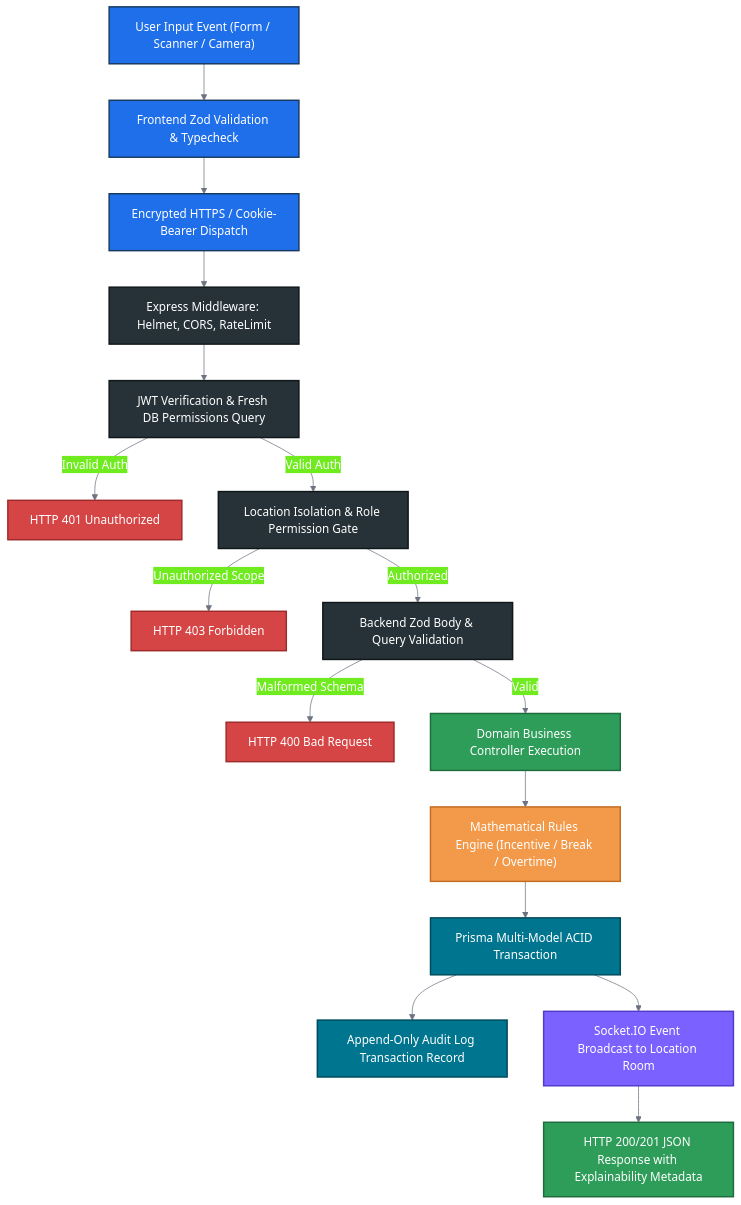
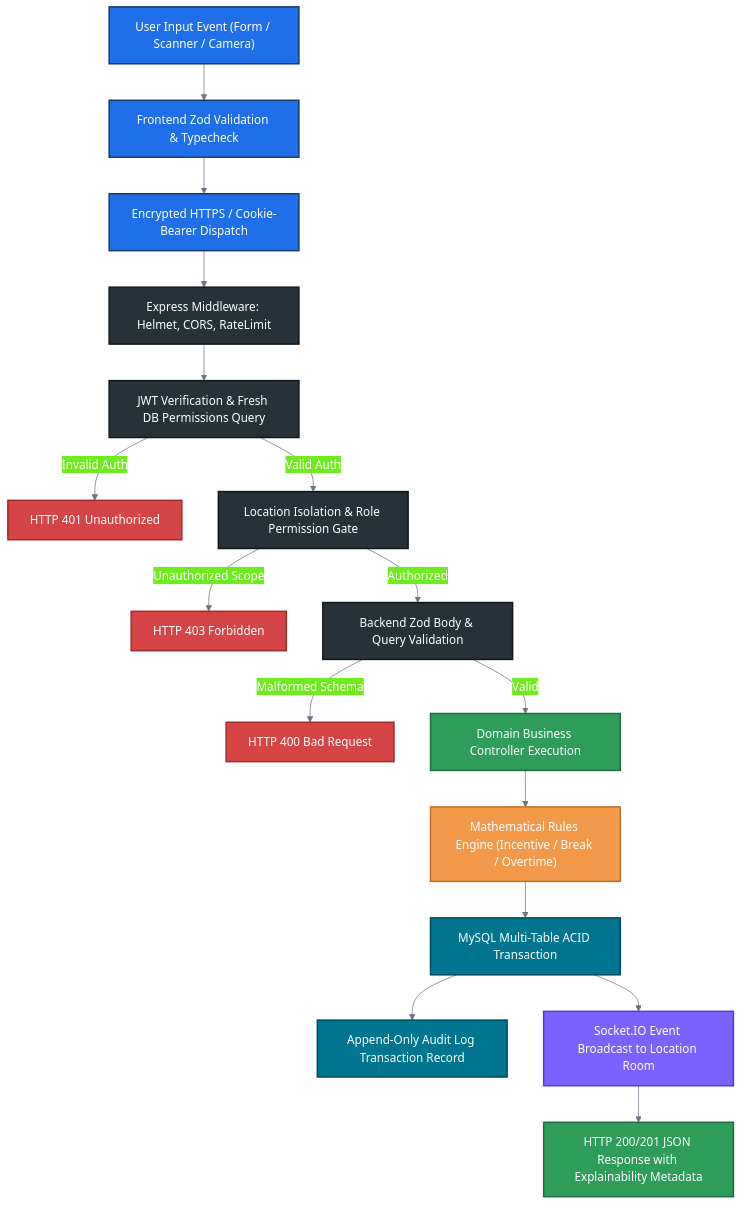
Before and after one commit to BSC-TEXTILES/BSC_Textiles_HRMS_Project: the fifth of 22 diagrams in README.md, drawn with Mermaid. The commit also changed other lines of this file and 4 other files, not shown here.

````diff
--- a/README.md
+++ b/README.md
@@ -473,33 +473,33 @@
 ```mermaid
 %%{init: {'theme': 'base', 'themeVariables': { 'primaryColor': '#1F6FEB', 'primaryTextColor': '#FFFFFF', 'primaryBorderColor': '#173A5E', 'lineColor': '#6B7280' }}}%%
 flowchart TD
     IN["User Input Event (Form / Scanner / Camera)"]:::cBlue --> VAL_FE["Frontend Zod Validation & Typecheck"]:::cBlue
     VAL_FE --> HTTP["Encrypted HTTPS / Cookie-Bearer Dispatch"]:::cBlue
 
     HTTP --> SEC_MW["Express Middleware: Helmet, CORS, RateLimit"]:::cDark
     SEC_MW --> AUTH_MW["JWT Verification & Fresh DB Permissions Query"]:::cDark
 
     AUTH_MW -- "Invalid Auth" --> ERR_AUTH["HTTP 401 Unauthorized"]:::cRed
     AUTH_MW -- "Valid Auth" --> LOC_MW["Location Isolation & Role Permission Gate"]:::cDark
 
     LOC_MW -- "Unauthorized Scope" --> ERR_PERM["HTTP 403 Forbidden"]:::cRed
     LOC_MW -- "Authorized" --> SCHEMA_VAL["Backend Zod Body & Query Validation"]:::cDark
 
     SCHEMA_VAL -- "Malformed Schema" --> ERR_VAL["HTTP 400 Bad Request"]:::cRed
     SCHEMA_VAL -- "Valid" --> BIZ_CTRL["Domain Business Controller Execution"]:::cGreen
 
     BIZ_CTRL --> CALC["Mathematical Rules Engine (Incentive / Break / Overtime)"]:::cOrange
-    CALC --> DB_TX["Prisma Multi-Model ACID Transaction"]:::cDb
+    CALC --> DB_TX["MySQL Multi-Table ACID Transaction"]:::cDb
 
     DB_TX --> WRITE_AUDIT["Append-Only Audit Log Transaction Record"]:::cDb
     DB_TX --> DISPATCH_WS["Socket.IO Event Broadcast to Location Room"]:::cPurple
     DISPATCH_WS --> RESP["HTTP 200/201 JSON Response with Explainability Metadata"]:::cGreen
 
     classDef cBlue fill:#1F6FEB,stroke:#173A5E,stroke-width:2px,color:#FFFFFF;
     classDef cGreen fill:#2E9D59,stroke:#1E6B3D,stroke-width:2px,color:#FFFFFF;
     classDef cOrange fill:#F2994A,stroke:#C26D22,stroke-width:2px,color:#FFFFFF;
     classDef cRed fill:#D64545,stroke:#9E2B2B,stroke-width:2px,color:#FFFFFF;
     classDef cPurple fill:#7B61FF,stroke:#523BC7,stroke-width:2px,color:#FFFFFF;
     classDef cDark fill:#263238,stroke:#10171A,stroke-width:2px,color:#FFFFFF;
     classDef cDb fill:#00758F,stroke:#004A5B,stroke-width:2px,color:#FFFFFF;
 ```
````
